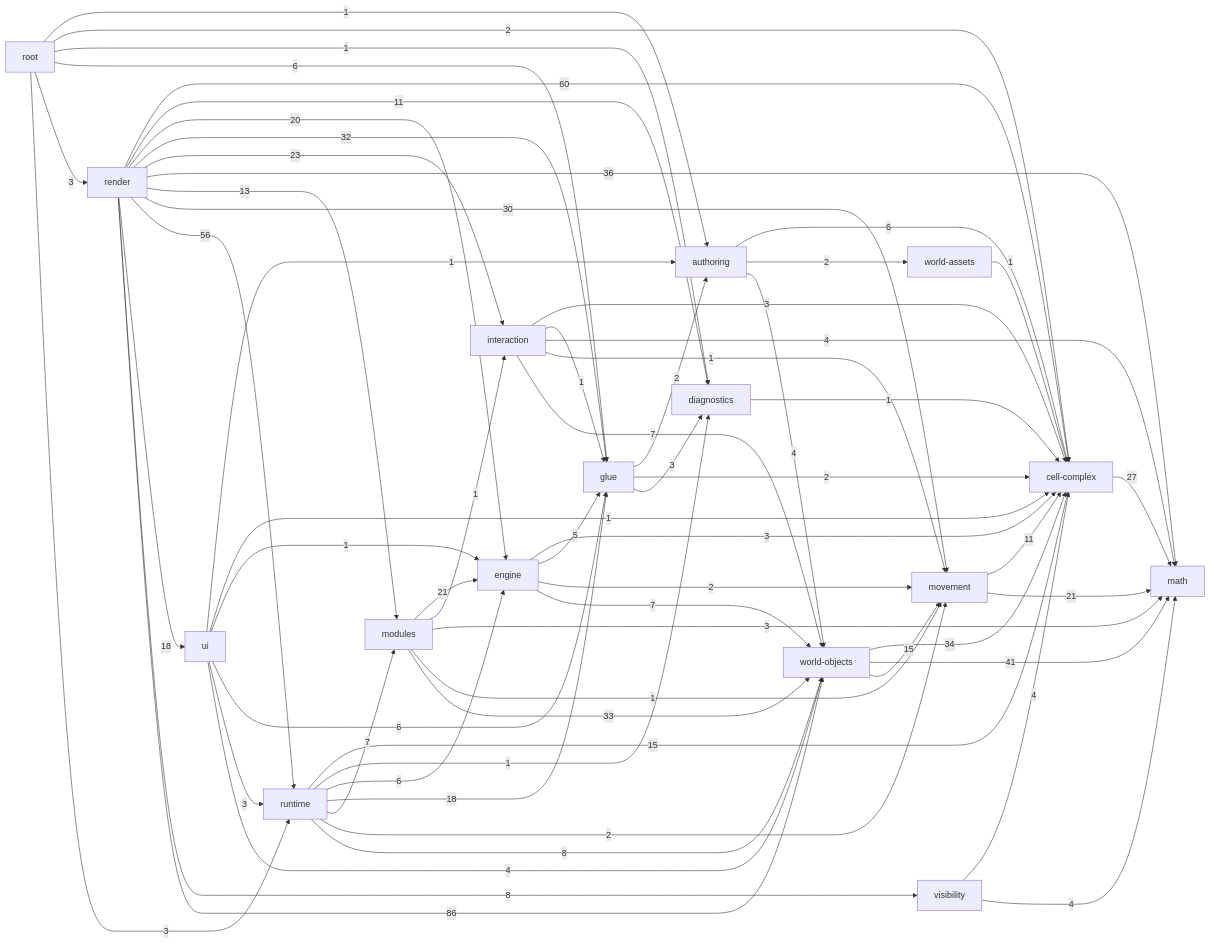
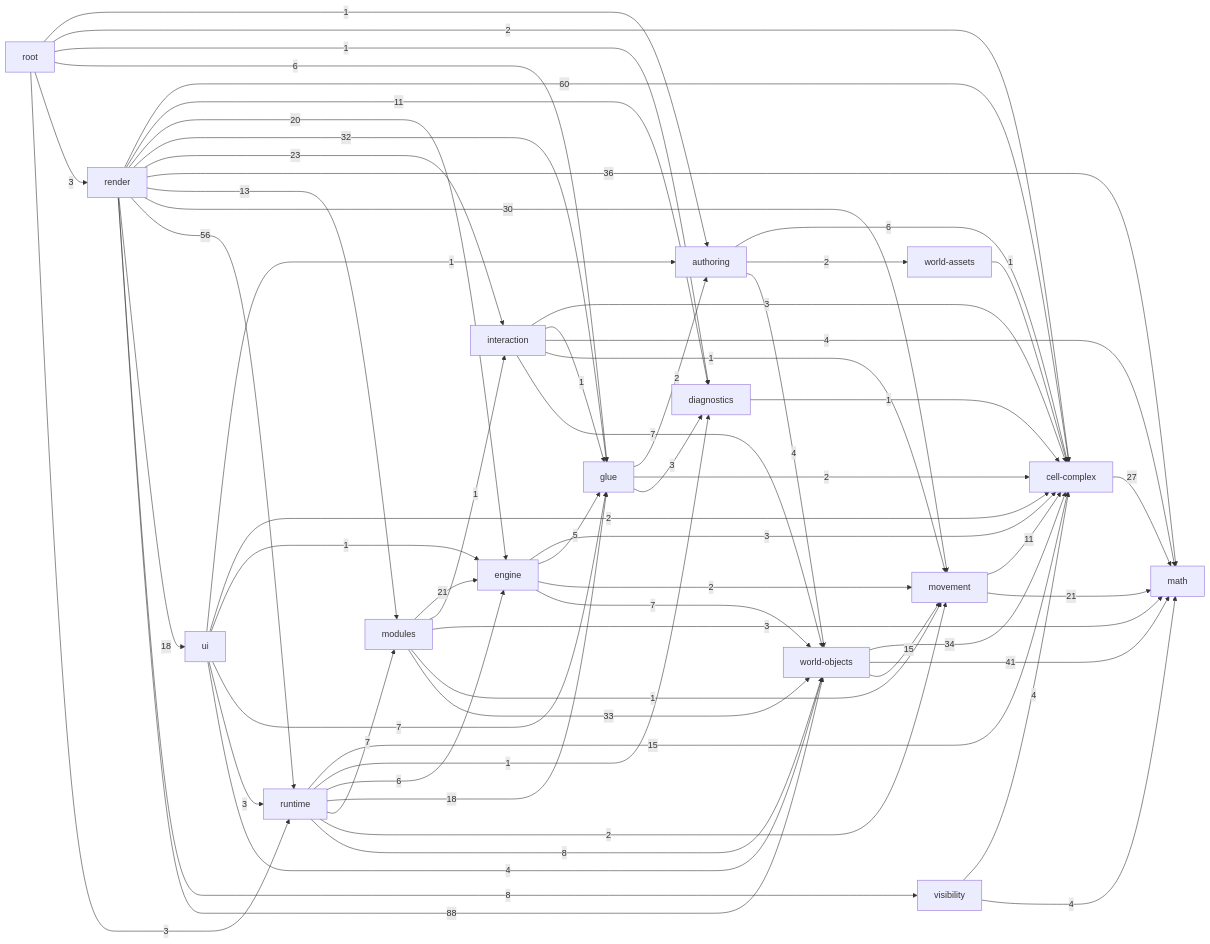
Before and after one commit to guraltsev/noneuclid-fpv: the diagram in _docs/generated/ARCHITECTURE_REFERENCE.md, drawn with Mermaid. The commit also changed other lines of this file and 69 other files, not shown here.

````diff
--- a/_docs/generated/ARCHITECTURE_REFERENCE.md
+++ b/_docs/generated/ARCHITECTURE_REFERENCE.md
@@ -37,80 +37,80 @@
 ```mermaid
 flowchart LR
   math["math"]
   cell_complex["cell-complex"]
   diagnostics["diagnostics"]
   visibility["visibility"]
   movement["movement"]
   world_assets["world-assets"]
   world_objects["world-objects"]
   authoring["authoring"]
   glue["glue"]
   interaction["interaction"]
   engine["engine"]
   modules["modules"]
   runtime["runtime"]
   ui["ui"]
   render["render"]
   root["root"]
   authoring -->|6| cell_complex
   authoring -->|2| world_assets
   authoring -->|4| world_objects
   cell_complex -->|27| math
   diagnostics -->|1| cell_complex
   engine -->|3| cell_complex
   engine -->|5| glue
   engine -->|2| movement
   engine -->|7| world_objects
   glue -->|2| authoring
   glue -->|2| cell_complex
   glue -->|3| diagnostics
   interaction -->|3| cell_complex
   interaction -->|1| glue
   interaction -->|4| math
   interaction -->|1| movement
   interaction -->|7| world_objects
   modules -->|21| engine
   modules -->|1| interaction
   modules -->|3| math
   modules -->|1| movement
   modules -->|33| world_objects
   movement -->|11| cell_complex
   movement -->|21| math
   render -->|60| cell_complex
   render -->|11| diagnostics
   render -->|20| engine
   render -->|32| glue
   render -->|23| interaction
   render -->|36| math
   render -->|13| modules
   render -->|30| movement
   render -->|56| runtime
   render -->|18| ui
   render -->|8| visibility
-  render -->|86| world_objects
+  render -->|88| world_objects
   root -->|1| authoring
   root -->|2| cell_complex
   root -->|1| diagnostics
   root -->|6| glue
   root -->|3| render
   root -->|3| runtime
   runtime -->|15| cell_complex
   runtime -->|1| diagnostics
   runtime -->|6| engine
   runtime -->|18| glue
   runtime -->|7| modules
   runtime -->|2| movement
   runtime -->|8| world_objects
   ui -->|1| authoring
-  ui -->|1| cell_complex
+  ui -->|2| cell_complex
   ui -->|1| engine
-  ui -->|6| glue
+  ui -->|7| glue
   ui -->|3| runtime
   ui -->|4| world_objects
   visibility -->|4| cell_complex
   visibility -->|4| math
   world_assets -->|1| cell_complex
   world_objects -->|34| cell_complex
   world_objects -->|41| math
   world_objects -->|15| movement
 ```
````
